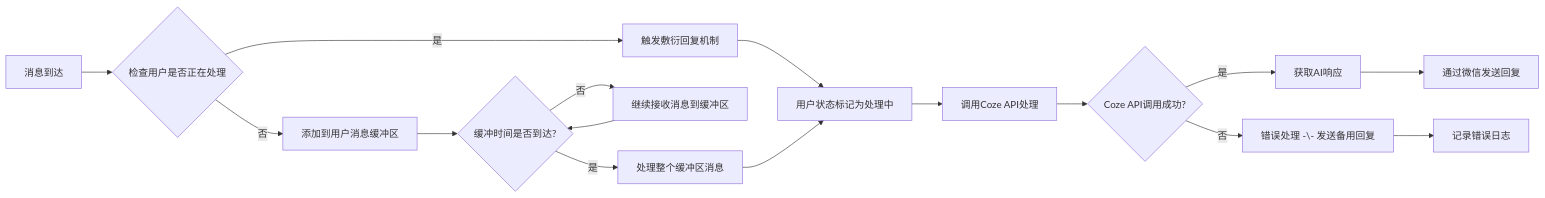
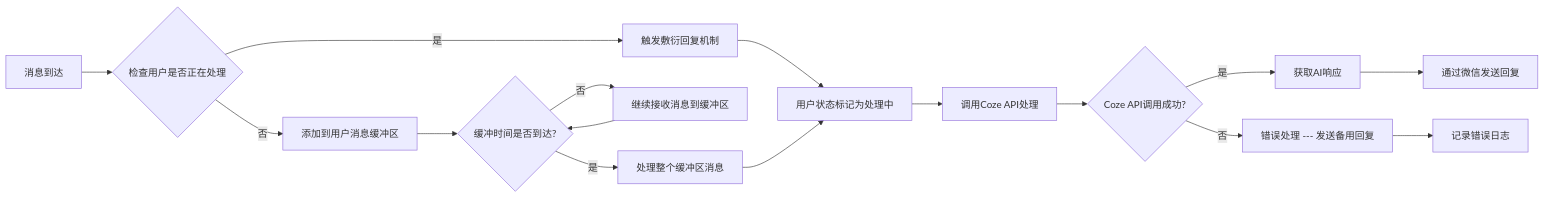
The second of 4 diagrams in docs/message_flow.md (jiulingyun/wechat-bot), drawn with Mermaid before and after one commit. The commit also changed other lines of this file, not shown here.

First line of the commit message:
docs(message_flow): 更新消息流程图的文本描述

````diff
--- a/docs/message_flow.md
+++ b/docs/message_flow.md
@@ -39,18 +39,18 @@
 ```mermaid
 graph LR
     A[消息到达] --> B{检查用户是否正在处理}
     B -->|是| C[触发敷衍回复机制]
     B -->|否| D[添加到用户消息缓冲区]
     D --> E{缓冲时间是否到达?}
     E -->|否| F[继续接收消息到缓冲区]
     E -->|是| G[处理整个缓冲区消息]
     C --> H[用户状态标记为处理中]
     F --> E
     G --> H
     H --> I[调用Coze API处理]
     I --> J{Coze API调用成功?}
     J -->|是| K[获取AI响应]
-    J -->|否| L[错误处理 -\- 发送备用回复]
+    J -->|否| L["错误处理 --- 发送备用回复"]
     K --> M[通过微信发送回复]
     L --> N[记录错误日志]
 ```
````
